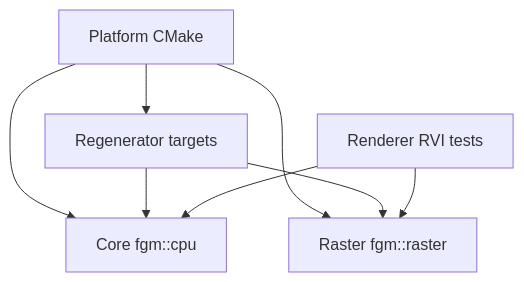
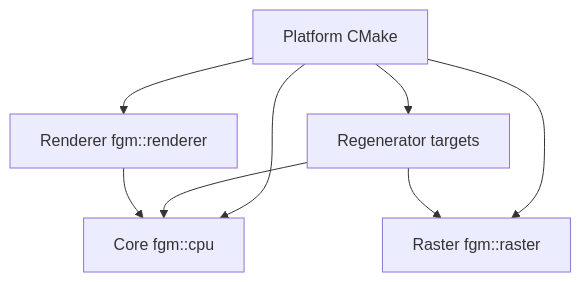
The diagram in docs/platform.md (netkeep80/fgm-platform), drawn with Mermaid before and after one commit. The commit also changed other lines of this file and 53 other files, not shown here.

````diff
--- a/docs/platform.md
+++ b/docs/platform.md
@@ -20,10 +26,10 @@
 ```mermaid
 flowchart TD
   P[Platform CMake] --> C[Core fgm::cpu]
   P --> R[Raster fgm::raster]
   P --> G[Regenerator targets]
+  P --> V[Renderer fgm::renderer]
   G --> C
   G --> R
-  V[Renderer RVI tests] --> R
   V --> C
 ```
````
